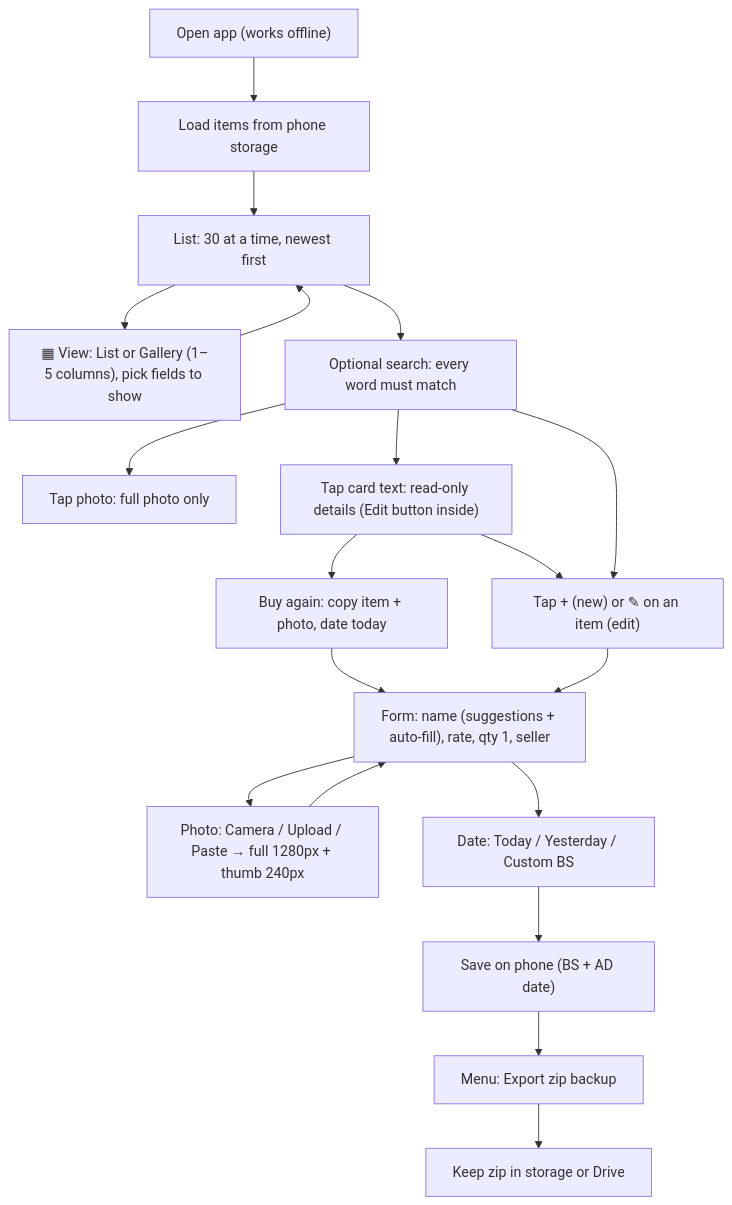
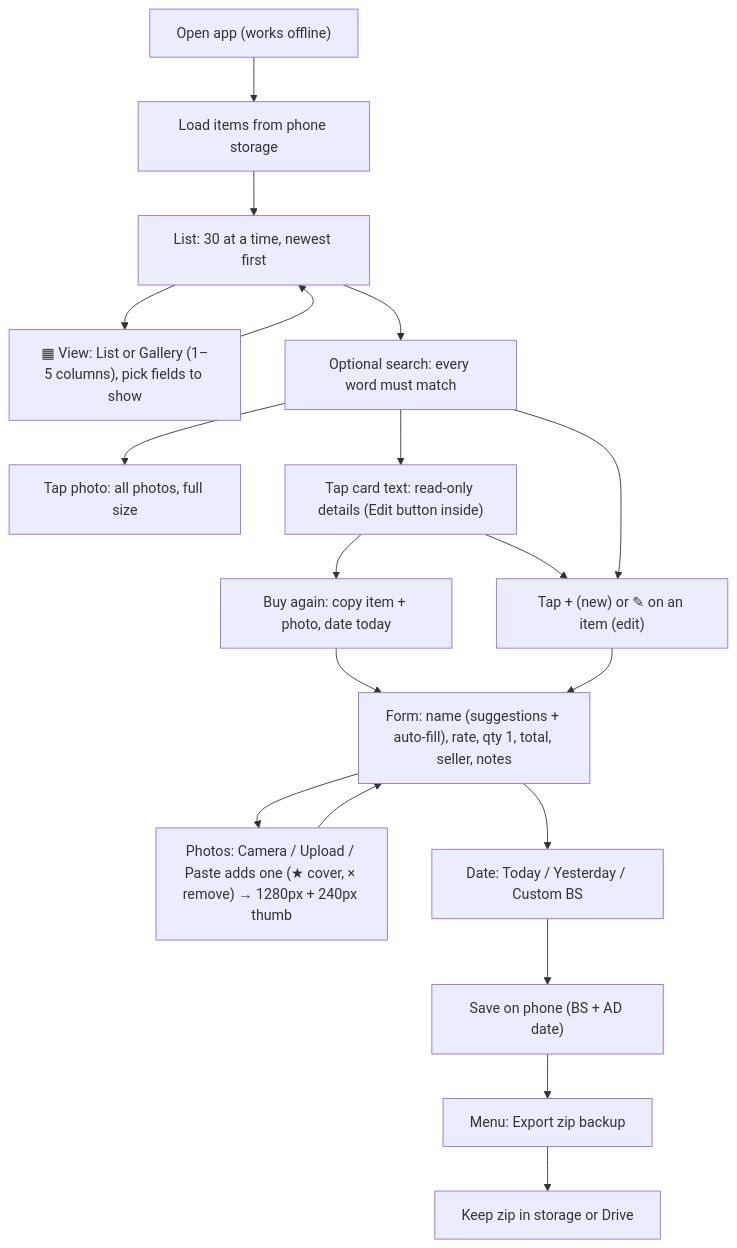
One commit to bibek-maharjan/purchases-app changed the diagram in purchases-flow.mmd. Above: the diagram before and after it, drawn with Mermaid. The commit also changed 6 other files, not shown here.

Commit message:
Total and Notes fields, multiple photos per item, migration rules in notes

```diff
--- a/purchases-flow.mmd
+++ b/purchases-flow.mmd
@@ -1,19 +1,19 @@
 flowchart TD
     A["Open app (works offline)"] --> B["Load items from phone storage"]
     B --> C["List: 30 at a time, newest first"]
     C --> V["▦ View: List or Gallery (1–5 columns), pick fields to show"]
     V --> C
     C --> D["Optional search: every word must match"]
-    D --> P["Tap photo: full photo only"]
+    D --> P["Tap photo: all photos, full size"]
     D --> R["Tap card text: read-only details (Edit button inside)"]
     R --> E
     R --> BA["Buy again: copy item + photo, date today"]
     BA --> G
     D --> E["Tap + (new) or ✎ on an item (edit)"]
-    E --> G["Form: name (suggestions + auto-fill), rate, qty 1, seller"]
-    G --> F["Photo: Camera / Upload / Paste → full 1280px + thumb 240px"]
+    E --> G["Form: name (suggestions + auto-fill), rate, qty 1, total, seller, notes"]
+    G --> F["Photos: Camera / Upload / Paste adds one (★ cover, × remove) → 1280px + 240px thumb"]
     F --> G
     G --> H["Date: Today / Yesterday / Custom BS"]
     H --> I["Save on phone (BS + AD date)"]
     I --> J["Menu: Export zip backup"]
     J --> K["Keep zip in storage or Drive"]
```
